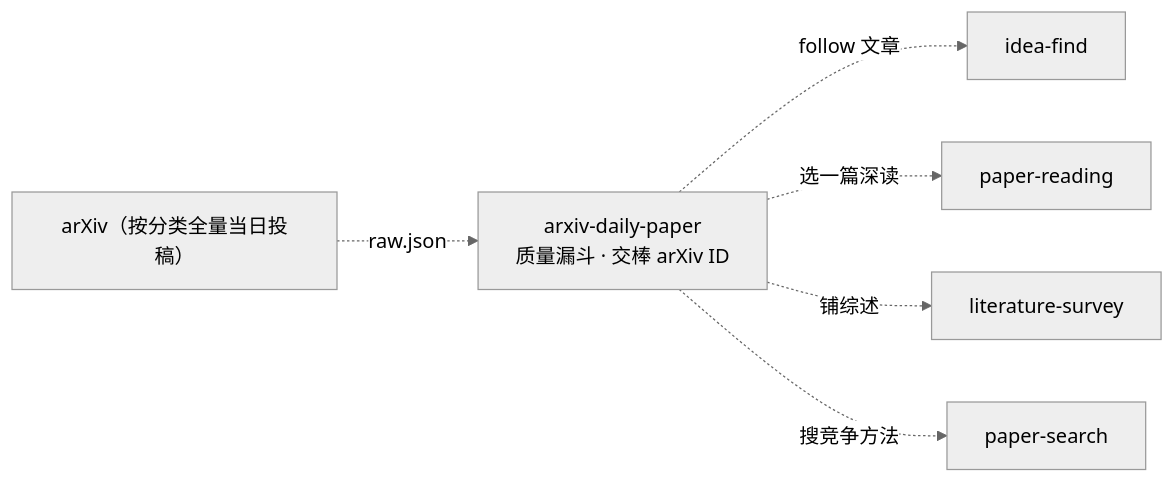
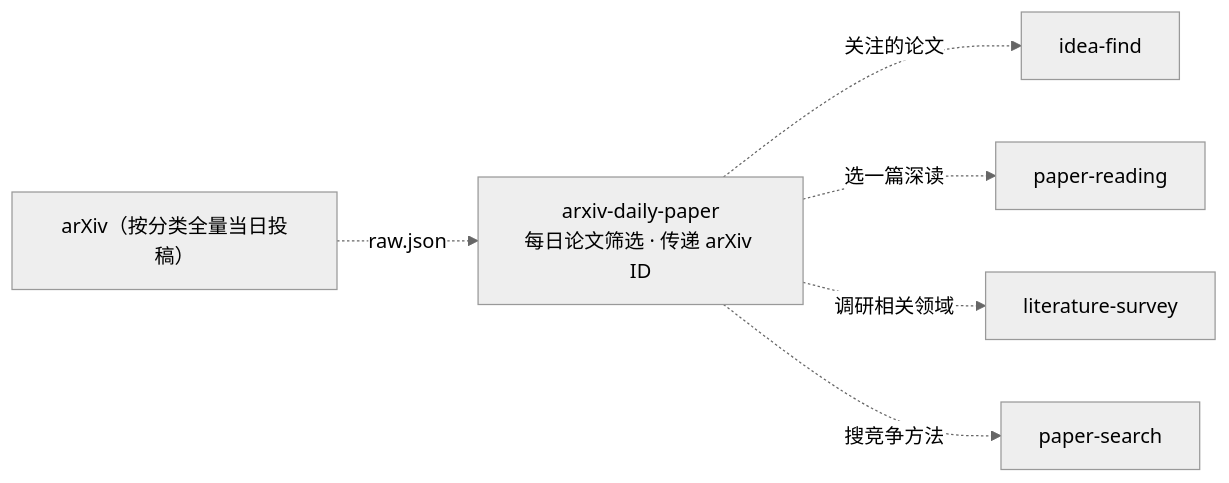
Before and after one commit to jackwang0108/dl-assistant: the first of 2 diagrams in plugins/dl-assistant/skills/arxiv-daily-paper/SKILL.md, drawn with Mermaid (neutral theme). The commit also changed other lines of this file and 6 other files, not shown here.

Commit message:
Clarify wording in the arXiv daily papers skill

````diff
--- a/plugins/dl-assistant/skills/arxiv-daily-paper/SKILL.md
+++ b/plugins/dl-assistant/skills/arxiv-daily-paper/SKILL.md
@@ -20,9 +20,9 @@
 ```mermaid
 flowchart LR
     SRC["arXiv（按分类全量当日投稿）"] -.->|raw.json| AD
-    AD["arxiv-daily-paper<br/>质量漏斗 · 交棒 arXiv ID"]
-    AD -.->|follow 文章| IF[idea-find]
+    AD["arxiv-daily-paper<br/>每日论文筛选 · 传递 arXiv ID"]
+    AD -.->|关注的论文| IF[idea-find]
     AD -.->|选一篇深读| PR[paper-reading]
-    AD -.->|铺综述| LS[literature-survey]
+    AD -.->|调研相关领域| LS[literature-survey]
     AD -.->|搜竞争方法| PS[paper-search]
 ```
````
